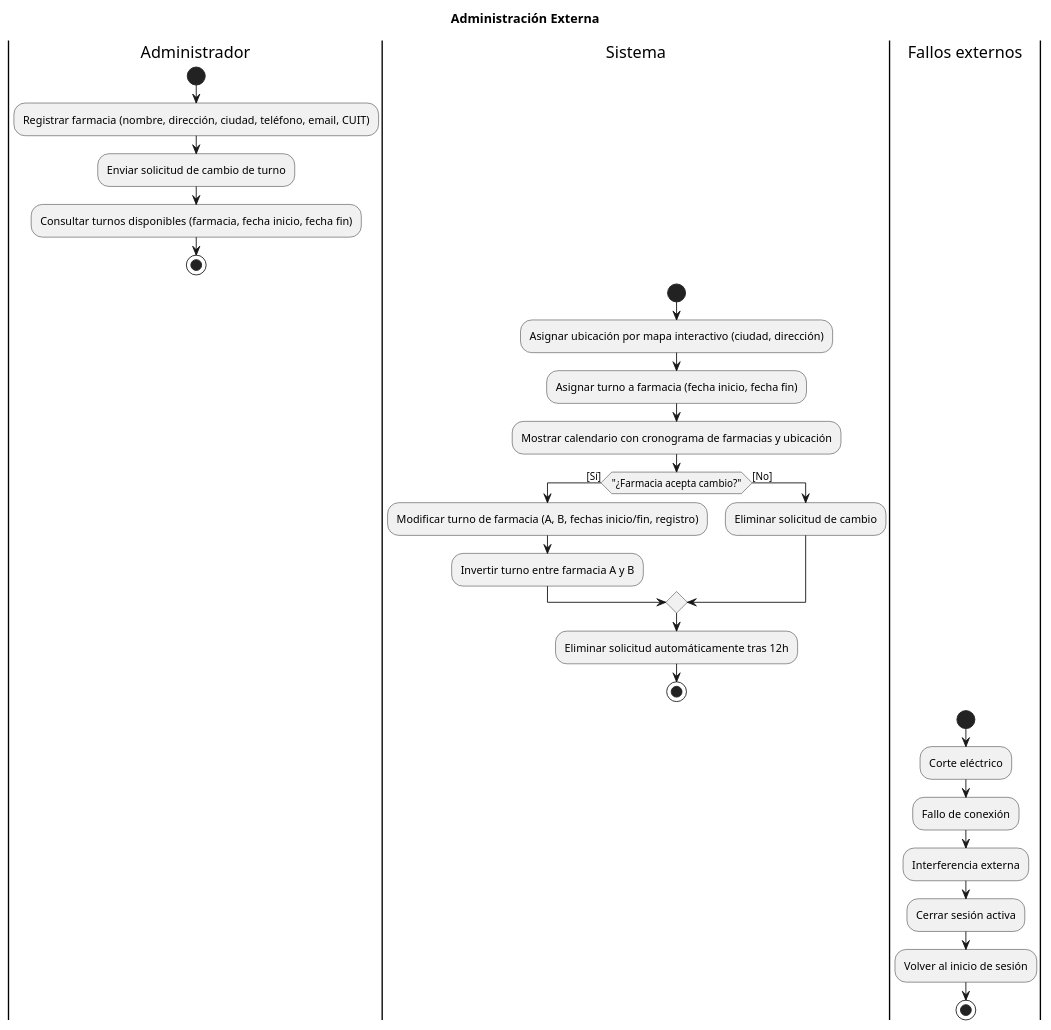
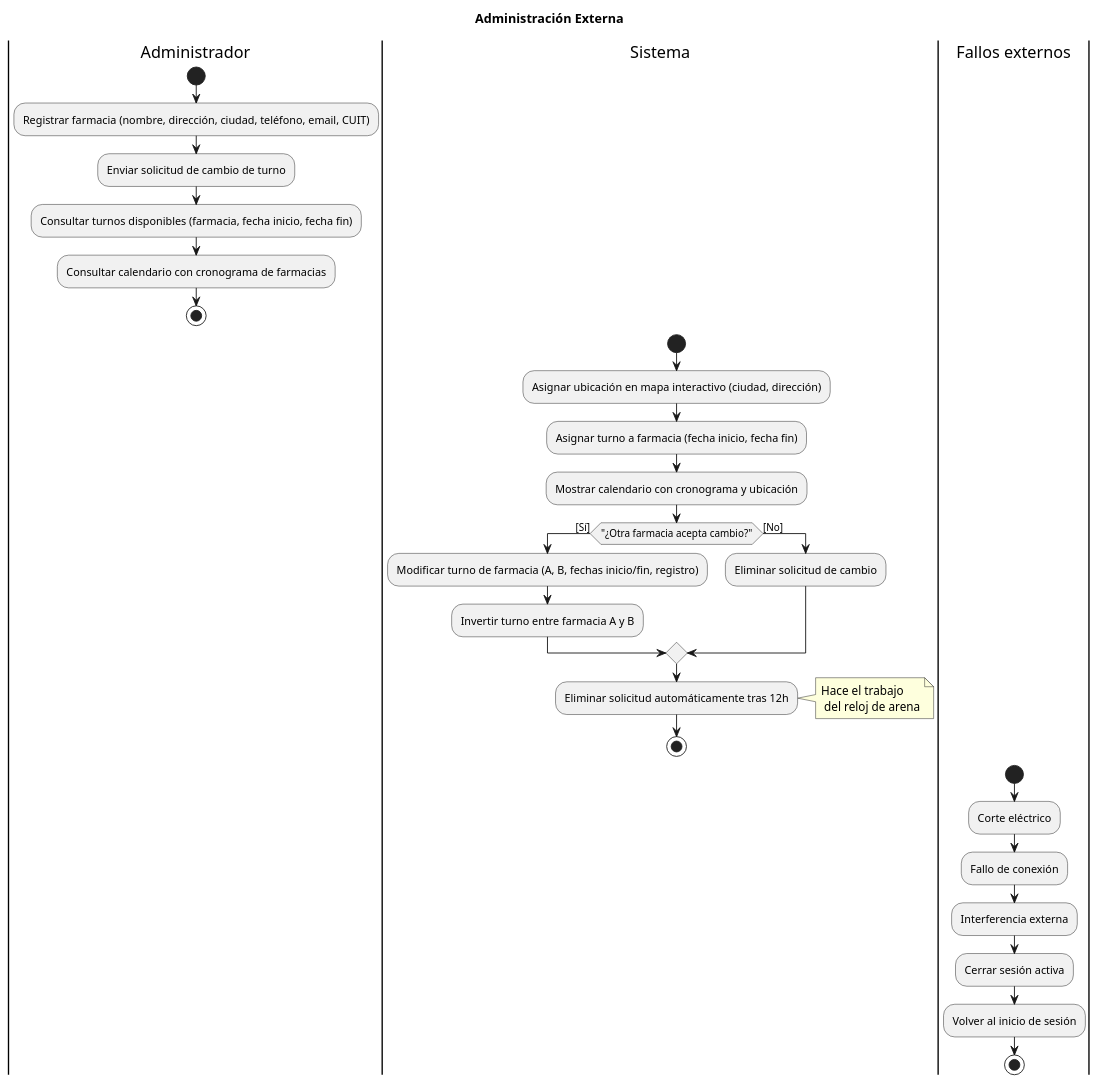
The diagram in practicas_DAC/tp3/tp3_gonzalez_ad_externa.puml (Luci1274/plant), drawn with PlantUML before and after one commit. The commit also changed 7 other files, not shown here.

```diff
--- a/practicas_DAC/tp3/tp3_gonzalez_ad_externa.puml
+++ b/practicas_DAC/tp3/tp3_gonzalez_ad_externa.puml
@@ -1,40 +1,42 @@
 @startuml administracion_externa
 
 title Administración Externa
 
 |Administrador|
-  start
-  :Registrar farmacia (nombre, dirección, ciudad, teléfono, email, CUIT);
-  :Enviar solicitud de cambio de turno;
-  :Consultar turnos disponibles (farmacia, fecha inicio, fecha fin);
-  stop
-
+start
+:Registrar farmacia (nombre, dirección, ciudad, teléfono, email, CUIT);
+:Enviar solicitud de cambio de turno;
+:Consultar turnos disponibles (farmacia, fecha inicio, fecha fin);
+:Consultar calendario con cronograma de farmacias;
+stop
 
 |Sistema|
-    start
-  :Asignar ubicación por mapa interactivo (ciudad, dirección);
-  :Asignar turno a farmacia (fecha inicio, fecha fin);
+start
+:Asignar ubicación en mapa interactivo (ciudad, dirección);
+:Asignar turno a farmacia (fecha inicio, fecha fin);
+:Mostrar calendario con cronograma y ubicación;
 
-  :Mostrar calendario con cronograma de farmacias y ubicación;
+if ("¿Otra farmacia acepta cambio?") then ([Sí])
+  :Modificar turno de farmacia (A, B, fechas inicio/fin, registro);
+  :Invertir turno entre farmacia A y B;
+else ([No])
+  :Eliminar solicitud de cambio;
+endif
 
-  if ("¿Farmacia acepta cambio?") then ([Sí])
-    :Modificar turno de farmacia (A, B, fechas inicio/fin, registro);
-    :Invertir turno entre farmacia A y B;
-  else ([No])
-    :Eliminar solicitud de cambio;
-  endif
-
-  :Eliminar solicitud automáticamente tras 12h;
-    stop
+:Eliminar solicitud automáticamente tras 12h;
+note right
+  Hace el trabajo
+   del reloj de arena
+endnote
+stop
 
 |Fallos externos|
-  start
-  :Corte eléctrico;
-  :Fallo de conexión;
-  :Interferencia externa;
-  :Cerrar sesión activa;
-  :Volver al inicio de sesión;
-  stop
-
+start
+:Corte eléctrico;
+:Fallo de conexión;
+:Interferencia externa;
+:Cerrar sesión activa;
+:Volver al inicio de sesión;
+stop
 
 @enduml
```
